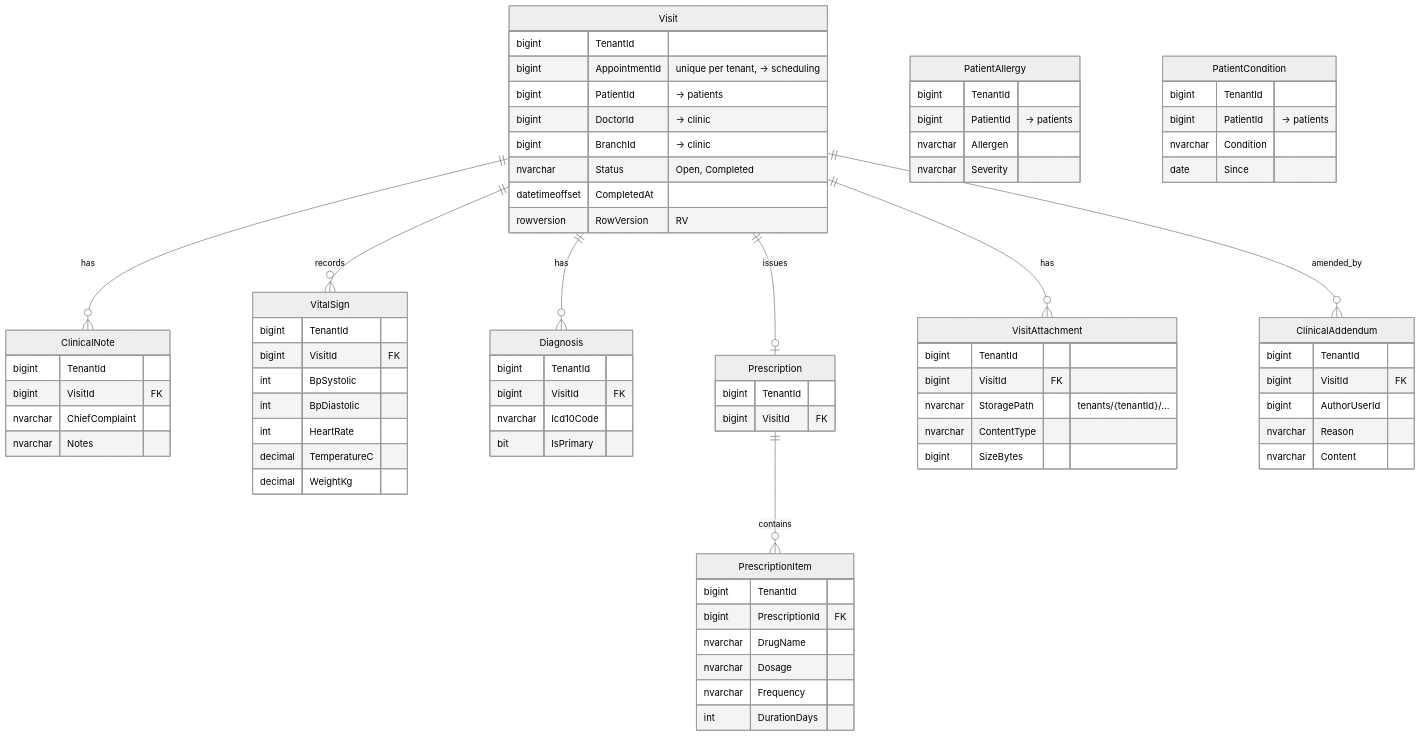
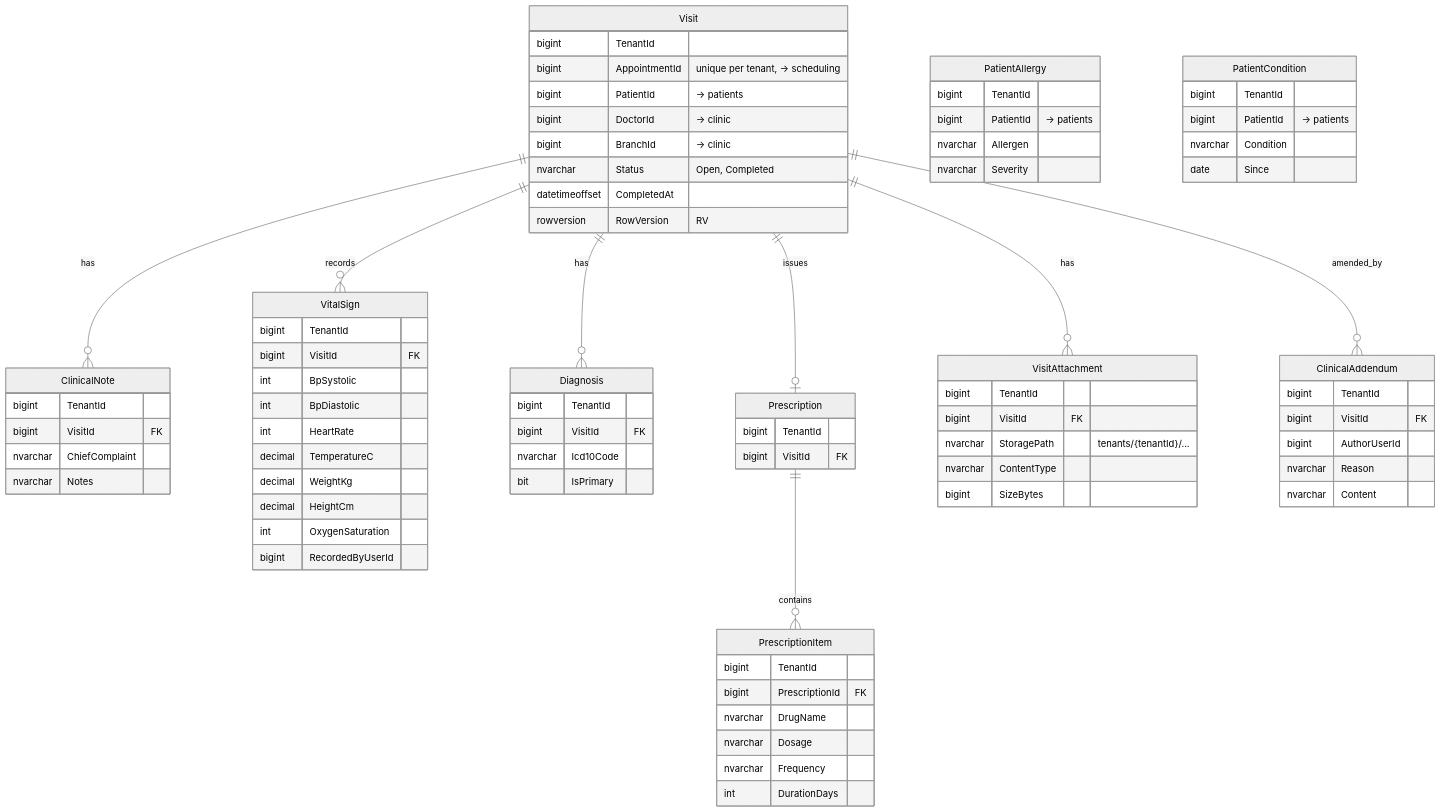
One commit to mohameabdelsalm/shifa-clinic changed the sixth of 8 diagrams in docs/architecture/database-design.md. Above: the diagram before and after it, drawn with Mermaid (neutral theme). The commit also changed other lines of this file and 104 other files, not shown here.

````diff
--- a/docs/architecture/database-design.md
+++ b/docs/architecture/database-design.md
@@ -314,79 +315,82 @@
 ```mermaid
 erDiagram
   Visit ||--o{ ClinicalNote : has
   Visit ||--o{ VitalSign : records
   Visit ||--o{ Diagnosis : has
   Visit ||--o| Prescription : issues
   Prescription ||--o{ PrescriptionItem : contains
   Visit ||--o{ VisitAttachment : has
   Visit ||--o{ ClinicalAddendum : amended_by
   Visit {
     bigint TenantId
     bigint AppointmentId "unique per tenant, → scheduling"
     bigint PatientId "→ patients"
     bigint DoctorId "→ clinic"
     bigint BranchId "→ clinic"
     nvarchar Status "Open, Completed"
     datetimeoffset CompletedAt
     rowversion RowVersion "RV"
   }
   ClinicalNote {
     bigint TenantId
     bigint VisitId FK
     nvarchar ChiefComplaint
     nvarchar Notes
   }
   VitalSign {
     bigint TenantId
     bigint VisitId FK
     int BpSystolic
     int BpDiastolic
     int HeartRate
     decimal TemperatureC
     decimal WeightKg
+    decimal HeightCm
+    int OxygenSaturation
+    bigint RecordedByUserId
   }
   Diagnosis {
     bigint TenantId
     bigint VisitId FK
     nvarchar Icd10Code
     bit IsPrimary
   }
   Prescription {
     bigint TenantId
     bigint VisitId FK
   }
   PrescriptionItem {
     bigint TenantId
     bigint PrescriptionId FK
     nvarchar DrugName
     nvarchar Dosage
     nvarchar Frequency
     int DurationDays
   }
   VisitAttachment {
     bigint TenantId
     bigint VisitId FK
     nvarchar StoragePath "tenants/{tenantId}/..."
     nvarchar ContentType
     bigint SizeBytes
   }
   ClinicalAddendum {
     bigint TenantId
     bigint VisitId FK
     bigint AuthorUserId
     nvarchar Reason
     nvarchar Content
   }
   PatientAllergy {
     bigint TenantId
     bigint PatientId "→ patients"
     nvarchar Allergen
     nvarchar Severity
   }
   PatientCondition {
     bigint TenantId
     bigint PatientId "→ patients"
     nvarchar Condition
     date Since
   }
 ```
````
